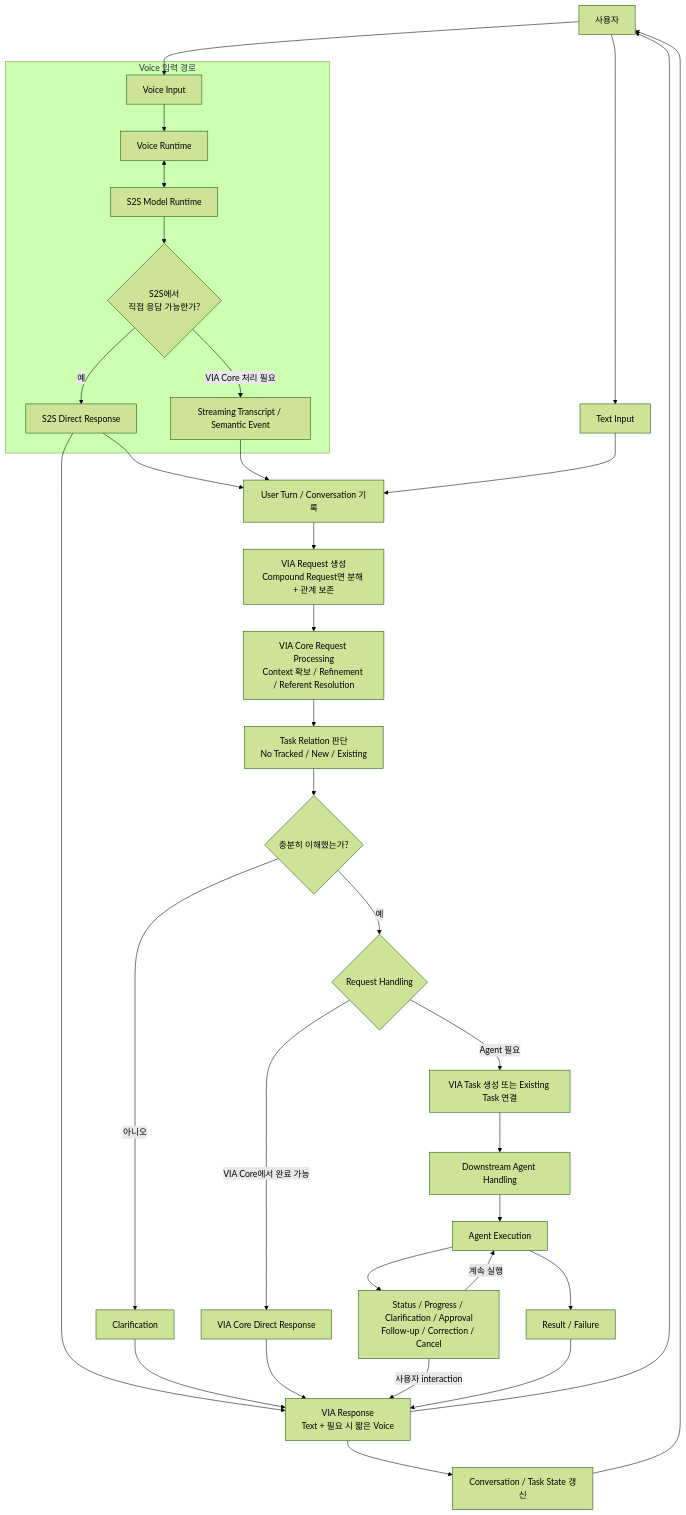
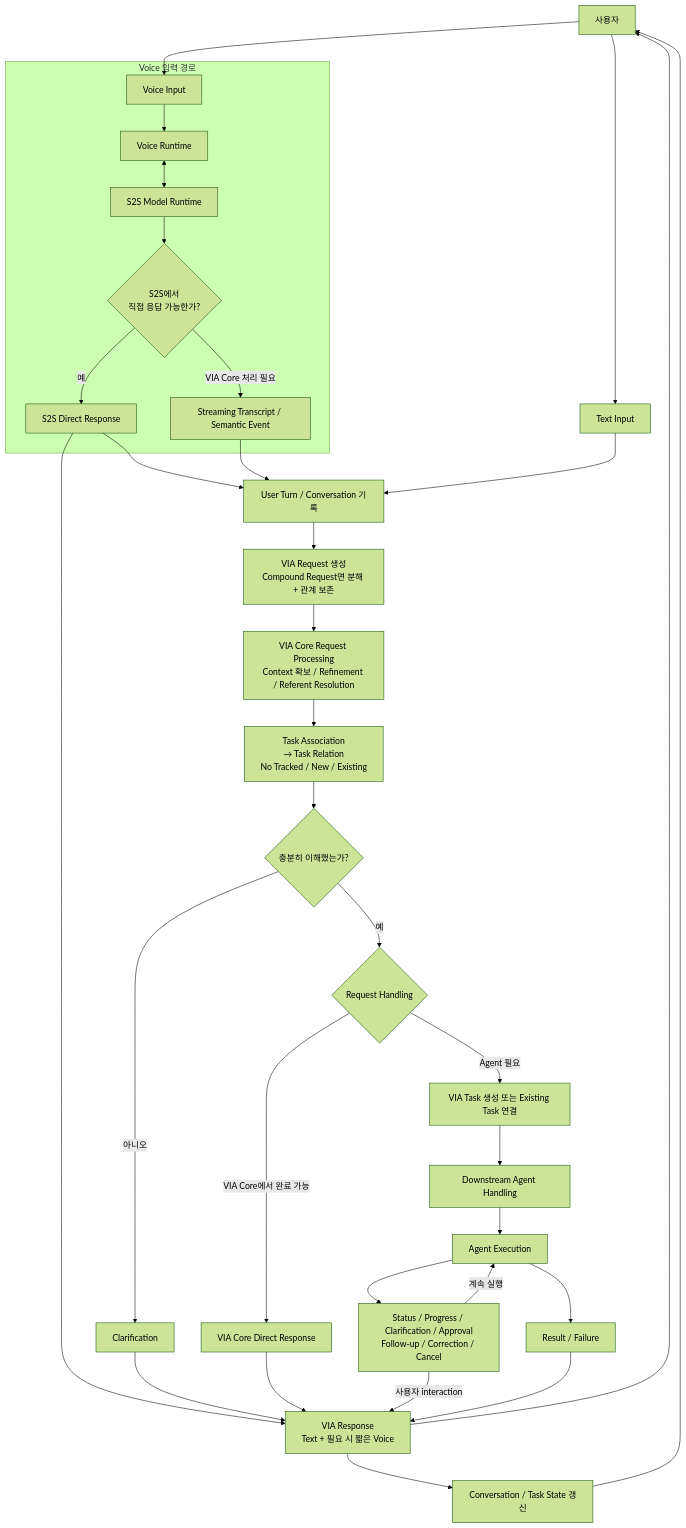
One commit to cbyche/via-sw-architecture changed the first of 5 diagrams in docs/rebaseline/04-canonical-interaction-flow.md. Above: the diagram before and after it, drawn with Mermaid (forest theme). The commit also changed other lines of this file, not shown here.

Commit message:
docs: align canonical flow with task association terminology

````diff
--- a/docs/rebaseline/04-canonical-interaction-flow.md
+++ b/docs/rebaseline/04-canonical-interaction-flow.md
@@ -26,74 +26,74 @@
 ```mermaid
 flowchart TD
     U["사용자"]
 
     subgraph VOICE["Voice 입력 경로"]
         VIN["Voice Input"]
         VR["Voice Runtime"]
         S2S["S2S Model Runtime"]
         SD{"S2S에서<br/>직접 응답 가능한가?"}
         SR["S2S Direct Response"]
         EVT["Streaming Transcript / Semantic Event"]
         VIN --> VR
         VR <--> S2S
         S2S --> SD
         SD -->|"예"| SR
         SD -->|"VIA Core 처리 필요"| EVT
     end
 
     TXT["Text Input"]
     TURN["User Turn / Conversation 기록"]
     REQ["VIA Request 생성<br/>Compound Request면 분해 + 관계 보존"]
 
     CORE["VIA Core Request Processing<br/>Context 확보 / Refinement / Referent Resolution"]
-    TASK["Task Relation 판단<br/>No Tracked / New / Existing"]
+    TASK["Task Association<br/>→ Task Relation<br/>No Tracked / New / Existing"]
     CLR{"충분히 이해했는가?"}
     CLAR["Clarification"]
 
     HANDLE{"Request Handling"}
 
     VDR["VIA Core Direct Response"]
     AG["Downstream Agent Handling"]
     AT["VIA Task 생성 또는 Existing Task 연결"]
     AE["Agent Execution"]
 
     CTRL["Status / Progress / Clarification / Approval<br/>Follow-up / Correction / Cancel"]
     RESULT["Result / Failure"]
 
     RESP["VIA Response<br/>Text + 필요 시 짧은 Voice"]
     STATE["Conversation / Task State 갱신"]
 
     U --> VIN
     U --> TXT
 
     SR --> TURN
     SR --> RESP
 
     EVT --> TURN
     TXT --> TURN
     TURN --> REQ
     REQ --> CORE
     CORE --> TASK
     TASK --> CLR
 
     CLR -->|"아니오"| CLAR
     CLAR --> RESP
     RESP --> U
 
     CLR -->|"예"| HANDLE
 
     HANDLE -->|"VIA Core에서 완료 가능"| VDR
     VDR --> RESP
 
     HANDLE -->|"Agent 필요"| AT
     AT --> AG
     AG --> AE
     AE --> CTRL
     CTRL -->|"계속 실행"| AE
     CTRL -->|"사용자 interaction"| RESP
     AE --> RESULT
     RESULT --> RESP
 
     RESP --> STATE
     STATE --> U
 ```
````
